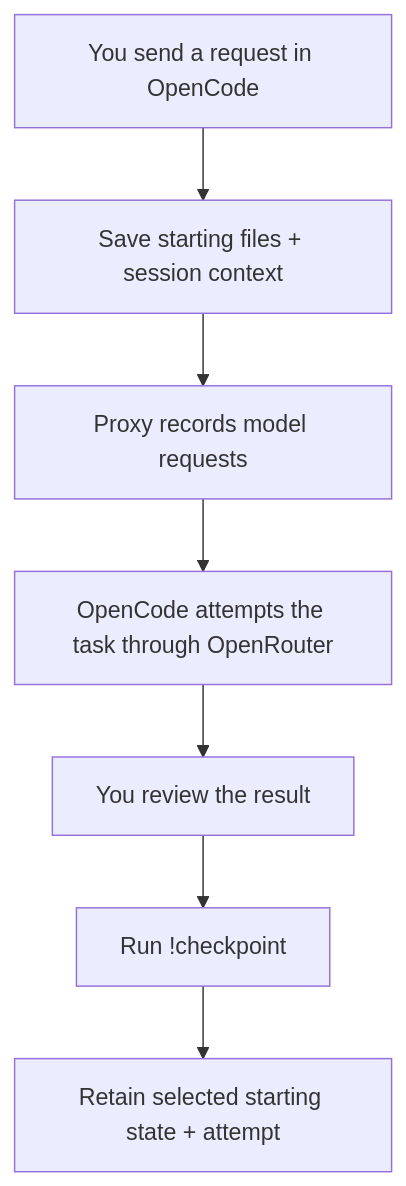
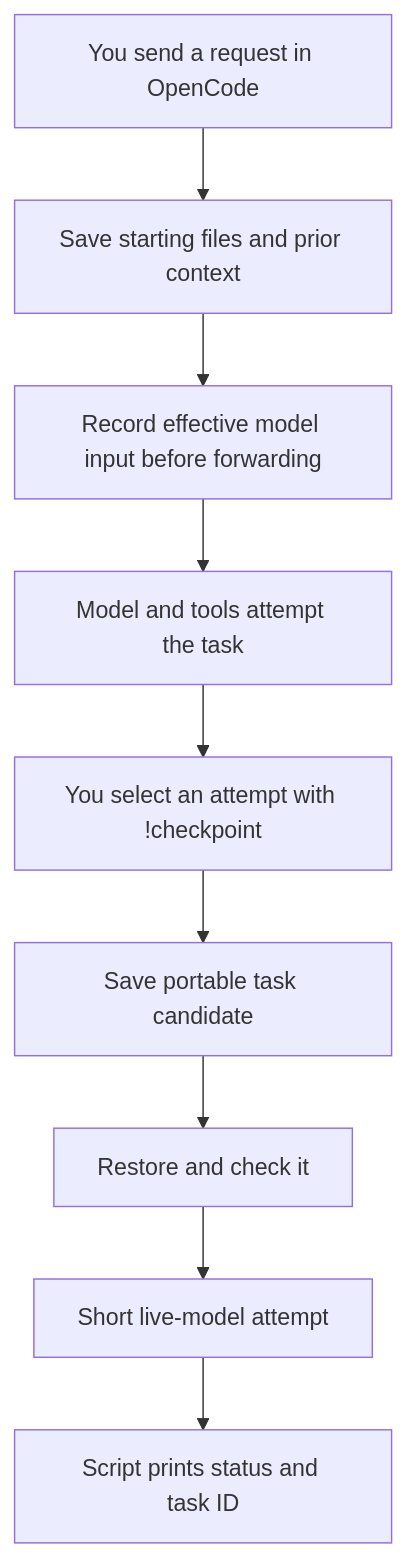
Before and after one commit to jpbarona/rl-environment-harness: the first of 3 diagrams in design.md, drawn with Mermaid. The commit also changed other lines of this file and 29 other files, not shown here.

````diff
--- a/design.md
+++ b/design.md
@@ -29,9 +17,11 @@
 ```mermaid
 flowchart TD
-    A[You send a request in OpenCode] --> B[Save starting files + session context]
-    B --> C[Proxy records model requests]
-    C --> D[OpenCode attempts the task through OpenRouter]
-    D --> E[You review the result]
-    E --> F[Run !checkpoint]
-    F --> G[Retain selected starting state + attempt]
+    A[You send a request in OpenCode] --> B[Save starting files and prior context]
+    B --> C[Record effective model input before forwarding]
+    C --> D[Model and tools attempt the task]
+    D --> E[You select an attempt with !checkpoint]
+    E --> F[Save portable task candidate]
+    F --> G[Restore and check it]
+    G --> H[Short live-model attempt]
+    H --> I[Script prints status and task ID]
 ```
````
